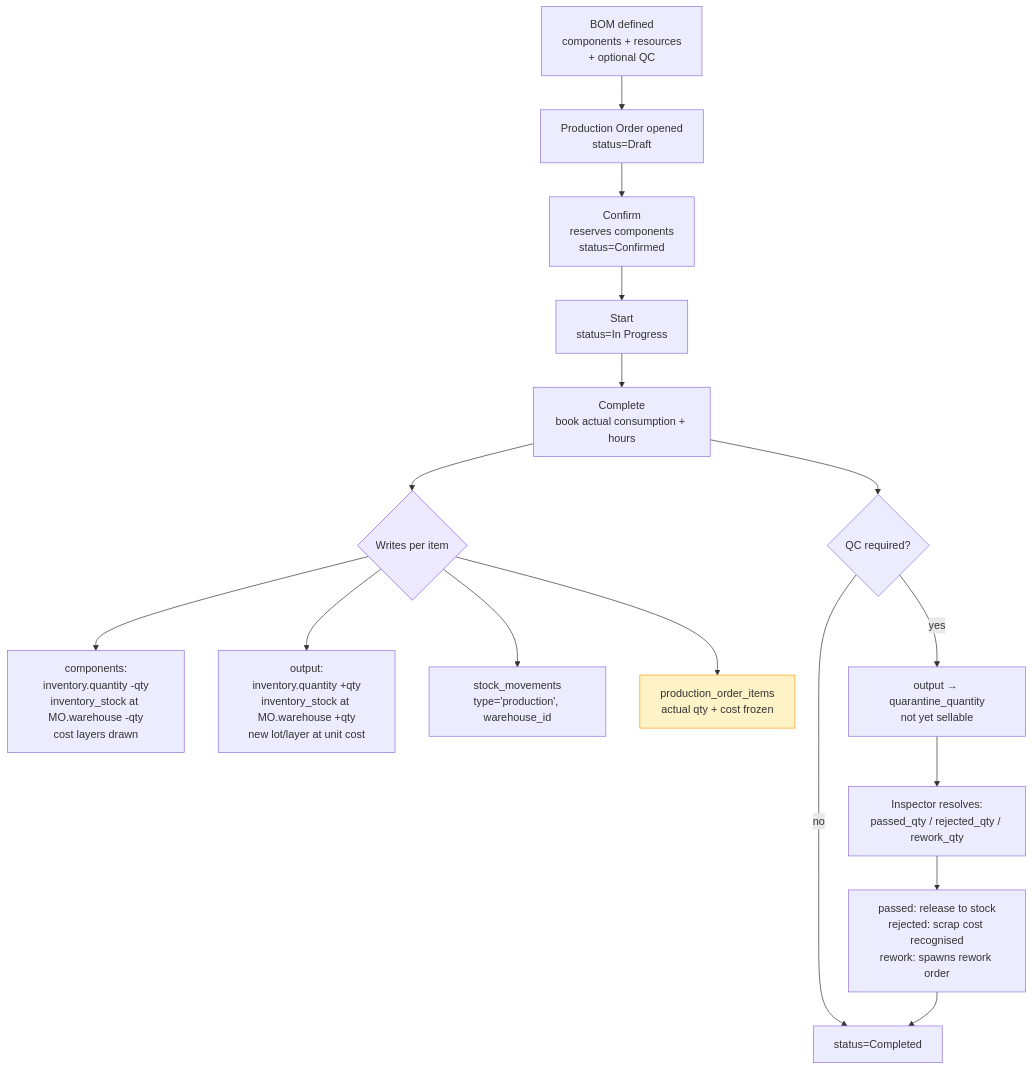
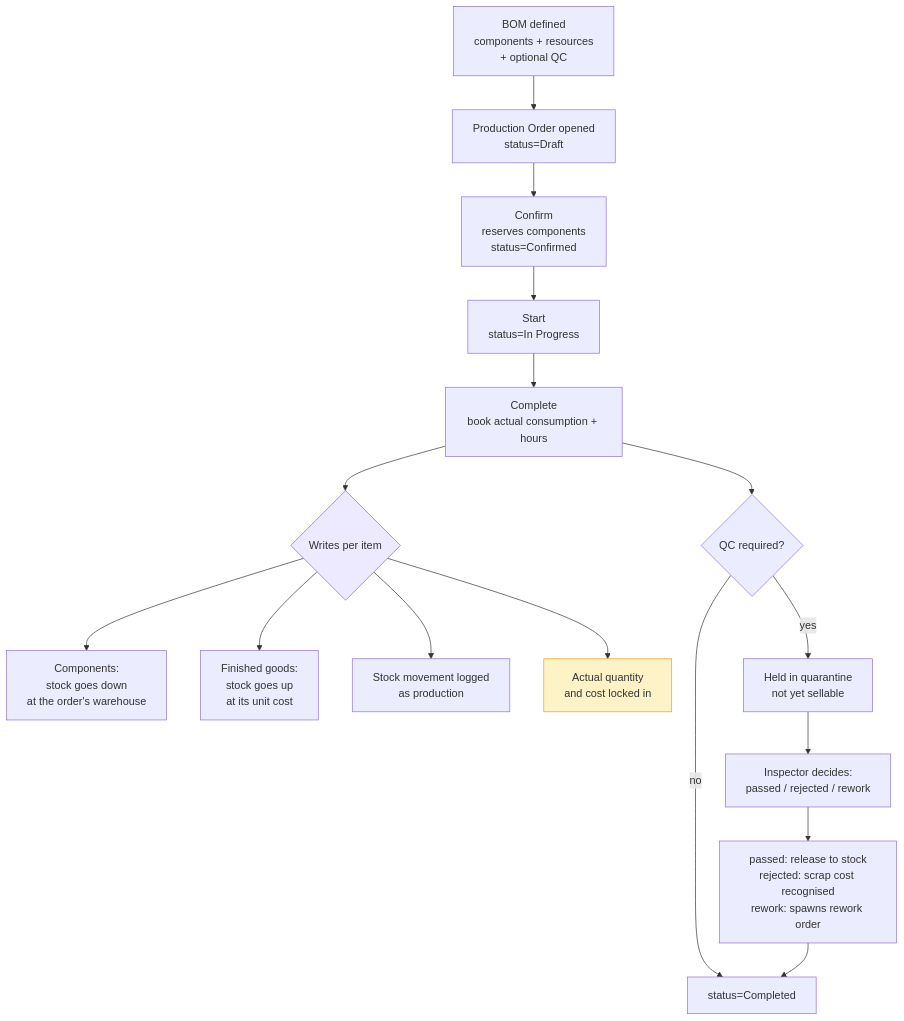
Before and after one commit to quilit-dev/quilit-erp: the second of 3 diagrams in docs/manual/docs/operations/procure-to-stock.md, drawn with Mermaid. The commit also changed other lines of this file and 58 other files, not shown here.

````diff
--- a/docs/manual/docs/operations/procure-to-stock.md
+++ b/docs/manual/docs/operations/procure-to-stock.md
@@ -33,22 +33,22 @@
 ```mermaid
 flowchart TB
     BOM[BOM defined<br/>components + resources<br/>+ optional QC] --> MO[Production Order opened<br/>status=Draft]
     MO --> CNF[Confirm<br/>reserves components<br/>status=Confirmed]
     CNF --> START[Start<br/>status=In Progress]
     START --> COMP[Complete<br/>book actual consumption + hours]
     COMP --> W{Writes per item}
-    W --> W1[components:<br/>inventory.quantity -qty<br/>inventory_stock at MO.warehouse -qty<br/>cost layers drawn]
-    W --> W2[output:<br/>inventory.quantity +qty<br/>inventory_stock at MO.warehouse +qty<br/>new lot/layer at unit cost]
-    W --> W3[stock_movements<br/>type='production', warehouse_id]
-    W --> W4[production_order_items<br/>actual qty + cost frozen]
+    W --> W1[Components:<br/>stock goes down<br/>at the order's warehouse]
+    W --> W2[Finished goods:<br/>stock goes up<br/>at its unit cost]
+    W --> W3[Stock movement logged<br/>as production]
+    W --> W4[Actual quantity<br/>and cost locked in]
 
     COMP --> QC{QC required?}
     QC -->|no| DONE[status=Completed]
-    QC -->|yes| QUAR[output → quarantine_quantity<br/>not yet sellable]
-    QUAR --> INSP[Inspector resolves:<br/>passed_qty / rejected_qty / rework_qty]
+    QC -->|yes| QUAR[Held in quarantine<br/>not yet sellable]
+    QUAR --> INSP[Inspector decides:<br/>passed / rejected / rework]
     INSP --> REL[passed: release to stock<br/>rejected: scrap cost recognised<br/>rework: spawns rework order]
     REL --> DONE
 
     style W fill:#ede9fe,stroke:#8b5cf6
     style W4 fill:#fef3c7,stroke:#f59e0b
 ```
````
